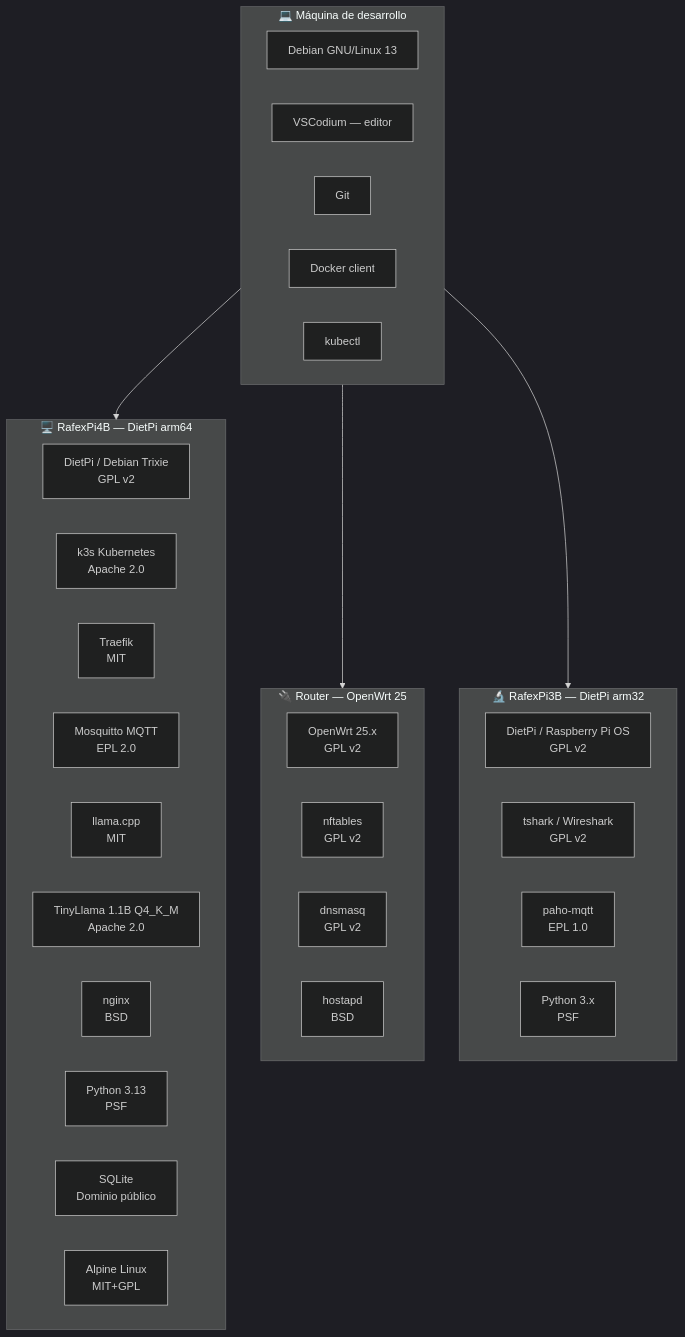
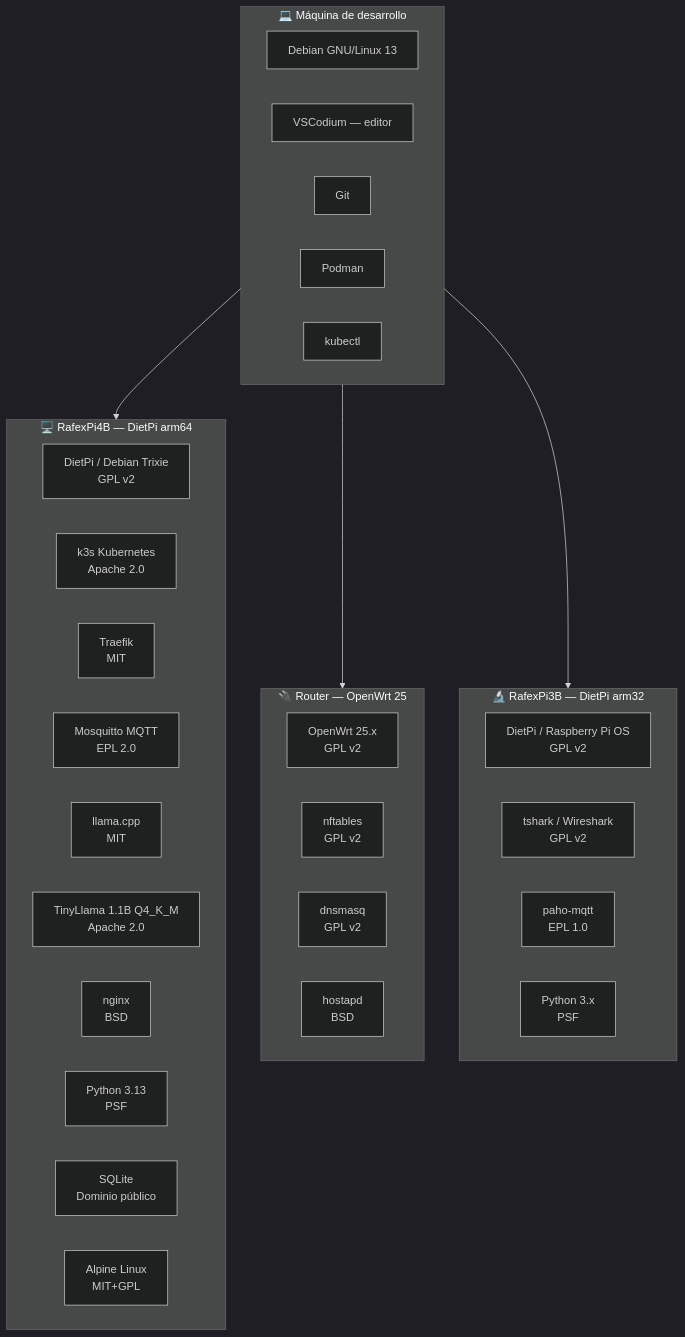
The diagram in docs/software-libre.md (rafex/poc-openwrt-dietpi-raspi3b-raspi4b), drawn with Mermaid (dark theme) before and after one commit. The commit also changed other lines of this file, not shown here.

Commit message:
docs: reemplazar Docker por Podman (Debian 13)

````diff
--- a/docs/software-libre.md
+++ b/docs/software-libre.md
@@ -40,41 +40,41 @@
 ```mermaid
 graph TD
     subgraph Dev["💻 Máquina de desarrollo"]
         Debian13["Debian GNU/Linux 13"]
         VSCodium["VSCodium — editor"]
         GitDev["Git"]
-        DockerDev["Docker client"]
+        PodmanDev["Podman"]
         KubectlDev["kubectl"]
     end
 
     subgraph Router["🔌 Router — OpenWrt 25"]
         OpenWrt["OpenWrt 25.x\nGPL v2"]
         NFTables["nftables\nGPL v2"]
         Dnsmasq["dnsmasq\nGPL v2"]
         Hostapd["hostapd\nBSD"]
     end
 
     subgraph Pi4B["🖥️ RafexPi4B — DietPi arm64"]
         DietPi4["DietPi / Debian Trixie\nGPL v2"]
         K3s["k3s Kubernetes\nApache 2.0"]
         Traefik["Traefik\nMIT"]
         Mosquitto["Mosquitto MQTT\nEPL 2.0"]
         LlamaCpp["llama.cpp\nMIT"]
         TinyLlama["TinyLlama 1.1B Q4_K_M\nApache 2.0"]
         Nginx["nginx\nBSD"]
         Python313["Python 3.13\nPSF"]
         SQLite["SQLite\nDominio público"]
         Alpine["Alpine Linux\nMIT+GPL"]
     end
 
     subgraph Pi3B["🔬 RafexPi3B — DietPi arm32"]
         DietPi3["DietPi / Raspberry Pi OS\nGPL v2"]
         Tshark["tshark / Wireshark\nGPL v2"]
         PahoMQTT["paho-mqtt\nEPL 1.0"]
         Python3B["Python 3.x\nPSF"]
     end
 
     Dev --> Pi4B
     Dev --> Router
     Dev --> Pi3B
 ```
````
